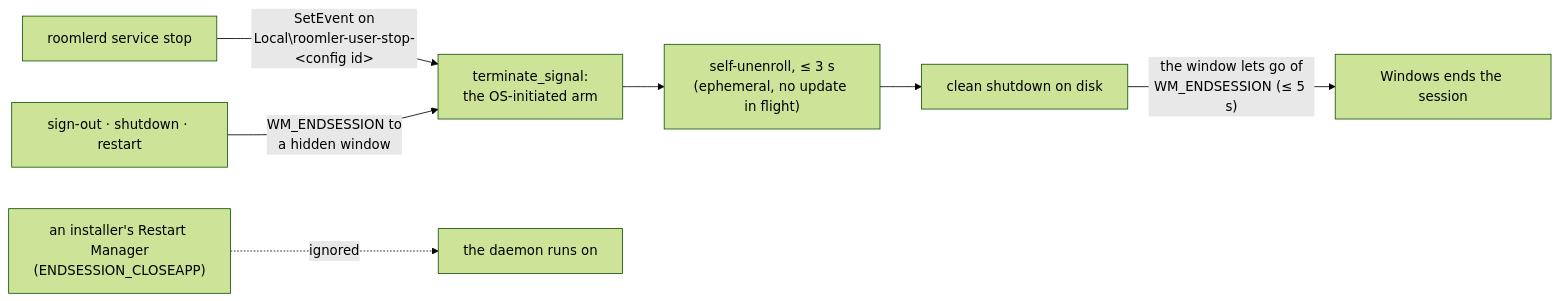
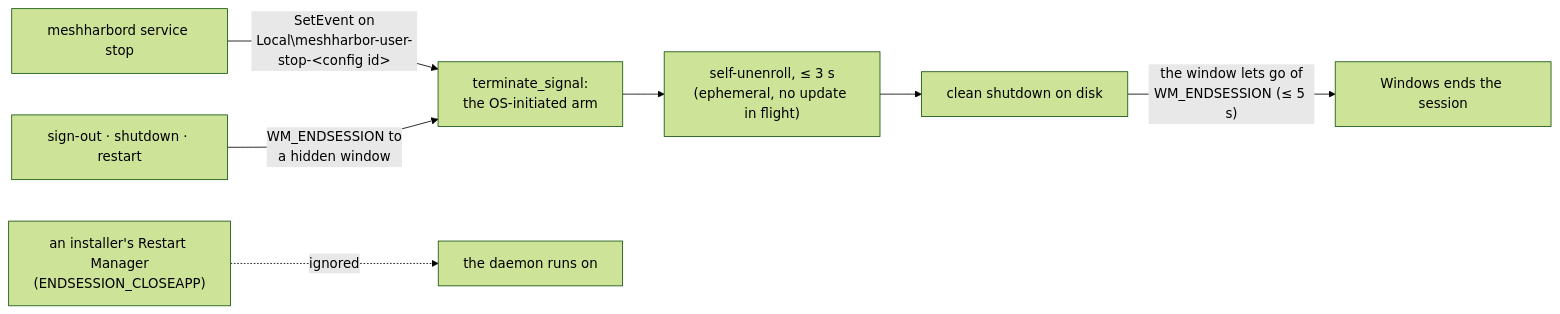
One commit to jk-zhang-meta/MeshHarbor changed the diagram in docs/ephemeral-nodes.md. Above: the diagram before and after it, drawn with Mermaid (forest theme). The commit also changed other lines of this file and 682 other files, not shown here.

````diff
--- a/docs/ephemeral-nodes.md
+++ b/docs/ephemeral-nodes.md
@@ -153,9 +153,9 @@
 ```mermaid
 flowchart LR
-  A["roomlerd service stop"] -->|"SetEvent on<br/>Local\roomler-user-stop-&lt;config id&gt;"| W
+  A["meshharbord service stop"] -->|"SetEvent on<br/>Local\meshharbor-user-stop-&lt;config id&gt;"| W
   S["sign-out · shutdown · restart"] -->|"WM_ENDSESSION to<br/>a hidden window"| W
   R["an installer's Restart Manager<br/>(ENDSESSION_CLOSEAPP)"] -.->|ignored| K["the daemon runs on"]
   W["terminate_signal:<br/>the OS-initiated arm"] --> U["self-unenroll, ≤ 3 s<br/>(ephemeral, no update in flight)"]
   U --> D["clean shutdown on disk"]
   D -->|"the window lets go of<br/>WM_ENDSESSION (≤ 5 s)"| E["Windows ends the session"]
 ```
````
